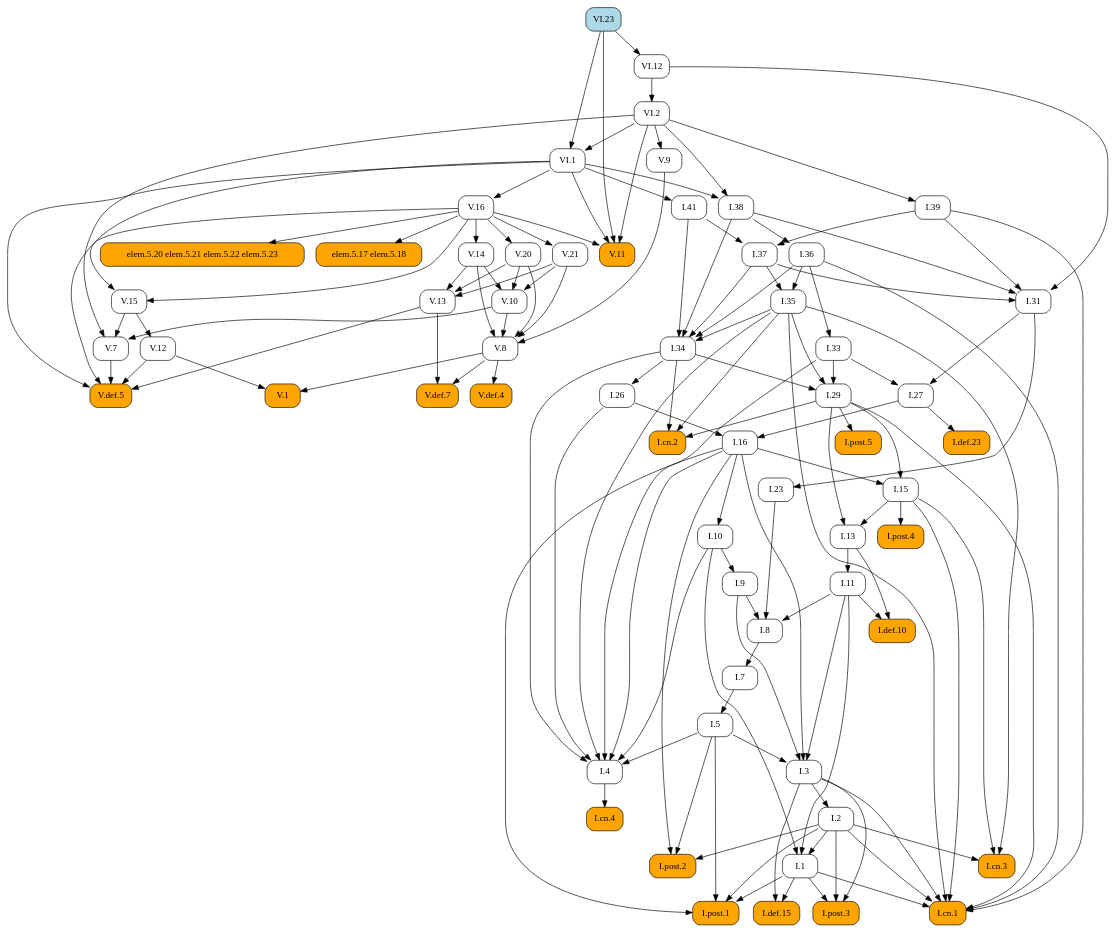
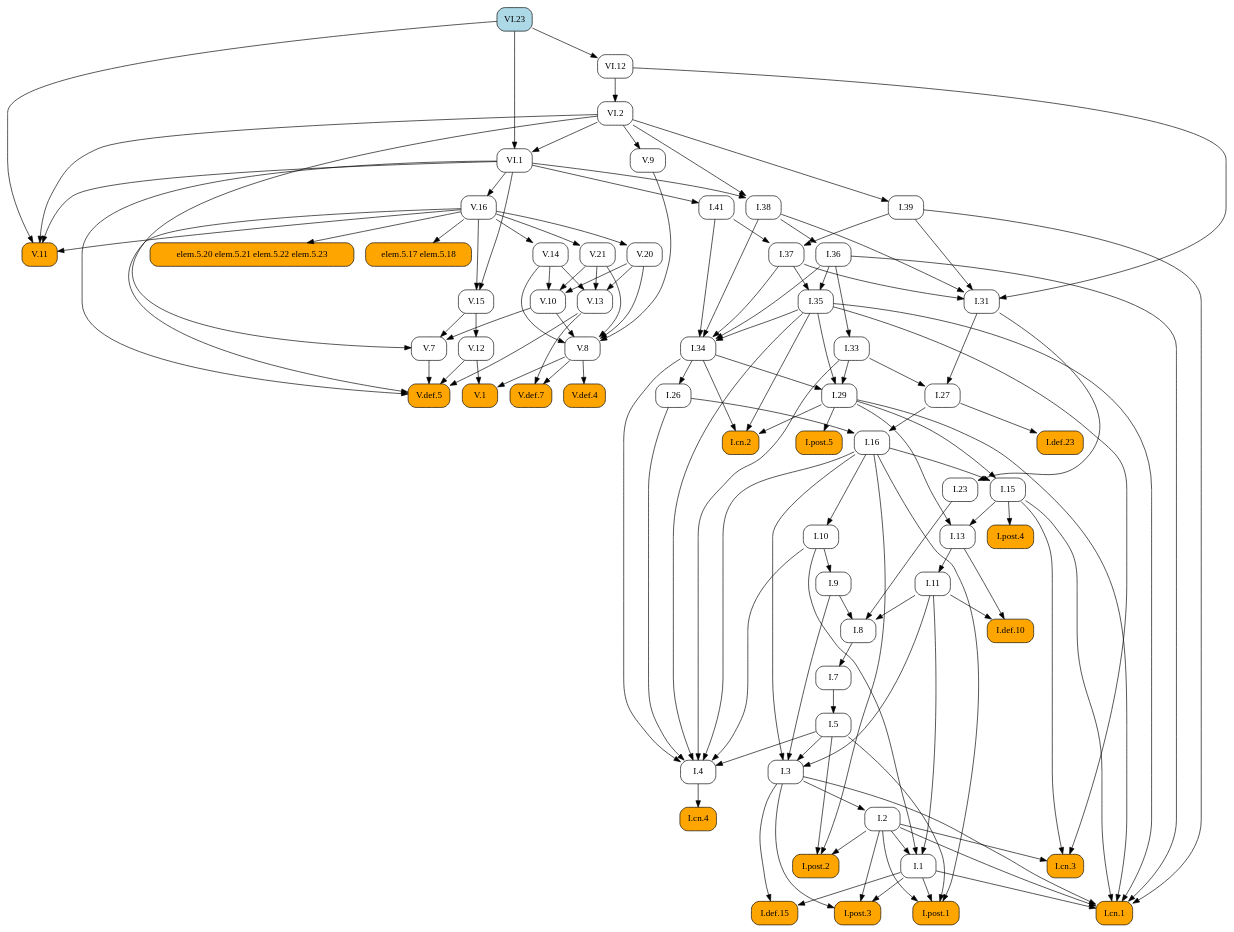
Before and after one commit to geometor/elements: the diagram in docsrc/heath/VI/23/index.rst, drawn with Graphviz. The commit also changed other lines of this file and 484 other files, not shown here.

```diff
--- a/docsrc/heath/VI/23/index.rst
+++ b/docsrc/heath/VI/23/index.rst
@@ -69,110 +69,125 @@
    digraph {
      rankdir="TB";
      node [shape=box, style=rounded];
-     "I.def.10" [style="rounded,filled", fillcolor=orange, URL="/heath/I/def.10/", target="_top"];
-     "I.11" [URL="/heath/I/11/", target="_top"];
-     "I.post.4" [style="rounded,filled", fillcolor=orange, URL="/heath/I/post.4/", target="_top"];
-     "I.1" [URL="/heath/I/1/", target="_top"];
-     "I.39" [URL="/heath/I/39/", target="_top"];
-     "VI.12" [URL="/heath/VI/12/", target="_top"];
-     "I.26" [URL="/heath/I/26/", target="_top"];
+     "V.16" [URL="/heath/V/16/", target="_top"];
+     "I.23" [URL="/heath/I/23/", target="_top"];
+     "I.9" [URL="/heath/I/9/", target="_top"];
+     "I.33" [URL="/heath/I/33/", target="_top"];
+     "I.def.15" [style="rounded,filled", fillcolor=orange, URL="/heath/I/def.15/", target="_top"];
+     "V.13" [URL="/heath/V/13/", target="_top"];
+     "V.7" [URL="/heath/V/7/", target="_top"];
+     "elem.5.17 elem.5.18" [style="rounded,filled", fillcolor=orange];
+     "I.post.3" [style="rounded,filled", fillcolor=orange, URL="/heath/I/post.3/", target="_top"];
+     "I.post.1" [style="rounded,filled", fillcolor=orange, URL="/heath/I/post.1/", target="_top"];
      "V.14" [URL="/heath/V/14/", target="_top"];
      "V.def.5" [style="rounded,filled", fillcolor=orange, URL="/heath/V/def.5/", target="_top"];
+     "V.9" [URL="/heath/V/9/", target="_top"];
+     "I.31" [URL="/heath/I/31/", target="_top"];
+     "V.10" [URL="/heath/V/10/", target="_top"];
+     "I.def.10" [style="rounded,filled", fillcolor=orange, URL="/heath/I/def.10/", target="_top"];
+     "VI.1" [URL="/heath/VI/1/", target="_top"];
+     "V.20" [URL="/heath/V/20/", target="_top"];
+     "I.27" [URL="/heath/I/27/", target="_top"];
+     "I.39" [URL="/heath/I/39/", target="_top"];
+     "VI.23" [style="rounded,filled", fillcolor=lightblue, URL="/heath/VI/23/", target="_top"];
+     "V.11" [style="rounded,filled", fillcolor=orange, URL="/heath/V/11/", target="_top"];
+     "V.12" [URL="/heath/V/12/", target="_top"];
+     "I.34" [URL="/heath/I/34/", target="_top"];
+     "I.3" [URL="/heath/I/3/", target="_top"];
+     "V.def.4" [style="rounded,filled", fillcolor=orange, URL="/heath/V/def.4/", target="_top"];
+     "I.35" [URL="/heath/I/35/", target="_top"];
+     "I.cn.1" [style="rounded,filled", fillcolor=orange, URL="/heath/I/cn.1/", target="_top"];
+     "V.def.7" [style="rounded,filled", fillcolor=orange, URL="/heath/V/def.7/", target="_top"];
+     "I.7" [URL="/heath/I/7/", target="_top"];
+     "V.21" [URL="/heath/V/21/", target="_top"];
+     "I.2" [URL="/heath/I/2/", target="_top"];
+     "I.36" [URL="/heath/I/36/", target="_top"];
+     "I.13" [URL="/heath/I/13/", target="_top"];
+     "I.post.4" [style="rounded,filled", fillcolor=orange, URL="/heath/I/post.4/", target="_top"];
+     "I.4" [URL="/heath/I/4/", target="_top"];
+     "I.1" [URL="/heath/I/1/", target="_top"];
+     "I.5" [URL="/heath/I/5/", target="_top"];
+     "I.37" [URL="/heath/I/37/", target="_top"];
+     "I.8" [URL="/heath/I/8/", target="_top"];
      "I.29" [URL="/heath/I/29/", target="_top"];
-     "V.12" [URL="/heath/V/12/", target="_top"];
-     "VI.23" [style="rounded,filled", fillcolor=lightblue, URL="/heath/VI/23/", target="_top"];
+     "I.cn.3" [style="rounded,filled", fillcolor=orange, URL="/heath/I/cn.3/", target="_top"];
+     "I.16" [URL="/heath/I/16/", target="_top"];
+     "I.38" [URL="/heath/I/38/", target="_top"];
+     "V.8" [URL="/heath/V/8/", target="_top"];
+     "I.15" [URL="/heath/I/15/", target="_top"];
+     "V.1" [style="rounded,filled", fillcolor=orange, URL="/heath/V/1/", target="_top"];
+     "I.10" [URL="/heath/I/10/", target="_top"];
+     "I.def.23" [style="rounded,filled", fillcolor=orange, URL="/heath/I/def.23/", target="_top"];
+     "VI.12" [URL="/heath/VI/12/", target="_top"];
+     "I.11" [URL="/heath/I/11/", target="_top"];
      "I.cn.2" [style="rounded,filled", fillcolor=orange, URL="/heath/I/cn.2/", target="_top"];
-     "V.20" [URL="/heath/V/20/", target="_top"];
-     "V.10" [URL="/heath/V/10/", target="_top"];
-     "V.11" [style="rounded,filled", fillcolor=orange, URL="/heath/V/11/", target="_top"];
+     "I.post.5" [style="rounded,filled", fillcolor=orange, URL="/heath/I/post.5/", target="_top"];
      "VI.2" [URL="/heath/VI/2/", target="_top"];
-     "V.13" [URL="/heath/V/13/", target="_top"];
-     "I.def.15" [style="rounded,filled", fillcolor=orange, URL="/heath/I/def.15/", target="_top"];
+     "I.cn.4" [style="rounded,filled", fillcolor=orange, URL="/heath/I/cn.4/", target="_top"];
+     "I.41" [URL="/heath/I/41/", target="_top"];
      "V.15" [URL="/heath/V/15/", target="_top"];
-     "VI.1" [URL="/heath/VI/1/", target="_top"];
-     "I.post.3" [style="rounded,filled", fillcolor=orange, URL="/heath/I/post.3/", target="_top"];
-     "I.cn.1" [style="rounded,filled", fillcolor=orange, URL="/heath/I/cn.1/", target="_top"];
-     "I.cn.3" [style="rounded,filled", fillcolor=orange, URL="/heath/I/cn.3/", target="_top"];
-     "V.7" [URL="/heath/V/7/", target="_top"];
-     "V.9" [URL="/heath/V/9/", target="_top"];
-     "V.16" [URL="/heath/V/16/", target="_top"];
-     "I.23" [URL="/heath/I/23/", target="_top"];
-     "I.post.1" [style="rounded,filled", fillcolor=orange, URL="/heath/I/post.1/", target="_top"];
-     "I.35" [URL="/heath/I/35/", target="_top"];
-     "I.41" [URL="/heath/I/41/", target="_top"];
-     "I.36" [URL="/heath/I/36/", target="_top"];
-     "I.27" [URL="/heath/I/27/", target="_top"];
-     "V.8" [URL="/heath/V/8/", target="_top"];
-     "I.37" [URL="/heath/I/37/", target="_top"];
-     "I.34" [URL="/heath/I/34/", target="_top"];
-     "I.7" [URL="/heath/I/7/", target="_top"];
-     "I.3" [URL="/heath/I/3/", target="_top"];
-     "I.2" [URL="/heath/I/2/", target="_top"];
-     "I.4" [URL="/heath/I/4/", target="_top"];
-     "I.def.23" [style="rounded,filled", fillcolor=orange, URL="/heath/I/def.23/", target="_top"];
-     "I.13" [URL="/heath/I/13/", target="_top"];
-     "I.33" [URL="/heath/I/33/", target="_top"];
-     "I.31" [URL="/heath/I/31/", target="_top"];
      "I.post.2" [style="rounded,filled", fillcolor=orange, URL="/heath/I/post.2/", target="_top"];
-     "V.1" [style="rounded,filled", fillcolor=orange, URL="/heath/V/1/", target="_top"];
-     "I.16" [URL="/heath/I/16/", target="_top"];
+     "I.26" [URL="/heath/I/26/", target="_top"];
      "elem.5.20 elem.5.21 elem.5.22 elem.5.23" [style="rounded,filled", fillcolor=orange];
-     "elem.5.17 elem.5.18" [style="rounded,filled", fillcolor=orange];
-     "I.9" [URL="/heath/I/9/", target="_top"];
-     "I.8" [URL="/heath/I/8/", target="_top"];
-     "I.cn.4" [style="rounded,filled", fillcolor=orange, URL="/heath/I/cn.4/", target="_top"];
-     "V.def.4" [style="rounded,filled", fillcolor=orange, URL="/heath/V/def.4/", target="_top"];
-     "I.15" [URL="/heath/I/15/", target="_top"];
-     "I.post.5" [style="rounded,filled", fillcolor=orange, URL="/heath/I/post.5/", target="_top"];
-     "I.38" [URL="/heath/I/38/", target="_top"];
-     "V.def.7" [style="rounded,filled", fillcolor=orange, URL="/heath/V/def.7/", target="_top"];
-     "I.10" [URL="/heath/I/10/", target="_top"];
-     "I.5" [URL="/heath/I/5/", target="_top"];
-     "V.21" [URL="/heath/V/21/", target="_top"];
-     "I.11" -> "I.def.10";
-     "I.13" -> "I.def.10";
-     "I.13" -> "I.11";
-     "I.15" -> "I.post.4";
-     "I.2" -> "I.1";
-     "I.10" -> "I.1";
-     "I.11" -> "I.1";
-     "VI.2" -> "I.39";
-     "VI.23" -> "VI.12";
-     "I.34" -> "I.26";
+     "VI.1" -> "V.16";
+     "I.31" -> "I.23";
+     "I.10" -> "I.9";
+     "I.36" -> "I.33";
+     "I.1" -> "I.def.15";
+     "I.3" -> "I.def.15";
+     "V.14" -> "V.13";
+     "V.20" -> "V.13";
+     "V.21" -> "V.13";
+     "V.10" -> "V.7";
+     "V.15" -> "V.7";
+     "VI.2" -> "V.7";
+     "V.16" -> "elem.5.17 elem.5.18";
+     "I.1" -> "I.post.3";
+     "I.2" -> "I.post.3";
+     "I.3" -> "I.post.3";
+     "I.1" -> "I.post.1";
+     "I.2" -> "I.post.1";
+     "I.5" -> "I.post.1";
+     "I.16" -> "I.post.1";
      "V.16" -> "V.14";
      "V.7" -> "V.def.5";
      "V.12" -> "V.def.5";
      "V.13" -> "V.def.5";
      "V.16" -> "V.def.5";
      "VI.1" -> "V.def.5";
-     "I.33" -> "I.29";
-     "I.34" -> "I.29";
-     "I.35" -> "I.29";
-     "V.15" -> "V.12";
-     "I.29" -> "I.cn.2";
-     "I.34" -> "I.cn.2";
-     "I.35" -> "I.cn.2";
-     "V.16" -> "V.20";
+     "VI.2" -> "V.9";
+     "I.37" -> "I.31";
+     "I.38" -> "I.31";
+     "I.39" -> "I.31";
+     "VI.12" -> "I.31";
      "V.14" -> "V.10";
      "V.20" -> "V.10";
      "V.21" -> "V.10";
+     "I.11" -> "I.def.10";
+     "I.13" -> "I.def.10";
+     "VI.2" -> "VI.1";
+     "VI.23" -> "VI.1";
+     "V.16" -> "V.20";
+     "I.31" -> "I.27";
+     "I.33" -> "I.27";
+     "VI.2" -> "I.39";
      "V.16" -> "V.11";
      "VI.1" -> "V.11";
      "VI.2" -> "V.11";
      "VI.23" -> "V.11";
-     "VI.12" -> "VI.2";
-     "V.14" -> "V.13";
-     "V.20" -> "V.13";
-     "V.21" -> "V.13";
-     "I.1" -> "I.def.15";
-     "I.3" -> "I.def.15";
-     "V.16" -> "V.15";
-     "VI.1" -> "V.15";
-     "VI.2" -> "VI.1";
-     "VI.23" -> "VI.1";
-     "I.1" -> "I.post.3";
-     "I.2" -> "I.post.3";
-     "I.3" -> "I.post.3";
+     "V.15" -> "V.12";
+     "I.35" -> "I.34";
+     "I.36" -> "I.34";
+     "I.37" -> "I.34";
+     "I.38" -> "I.34";
+     "I.41" -> "I.34";
+     "I.5" -> "I.3";
+     "I.9" -> "I.3";
+     "I.11" -> "I.3";
+     "I.16" -> "I.3";
+     "V.8" -> "V.def.4";
+     "I.36" -> "I.35";
+     "I.37" -> "I.35";
      "I.1" -> "I.cn.1";
      "I.2" -> "I.cn.1";
      "I.3" -> "I.cn.1";
@@ -181,43 +196,15 @@
      "I.35" -> "I.cn.1";
      "I.36" -> "I.cn.1";
      "I.39" -> "I.cn.1";
-     "I.2" -> "I.cn.3";
-     "I.15" -> "I.cn.3";
-     "I.35" -> "I.cn.3";
-     "V.10" -> "V.7";
-     "V.15" -> "V.7";
-     "VI.2" -> "V.7";
-     "VI.2" -> "V.9";
-     "VI.1" -> "V.16";
-     "I.31" -> "I.23";
-     "I.1" -> "I.post.1";
-     "I.2" -> "I.post.1";
-     "I.5" -> "I.post.1";
-     "I.16" -> "I.post.1";
-     "I.36" -> "I.35";
-     "I.37" -> "I.35";
-     "VI.1" -> "I.41";
+     "V.8" -> "V.def.7";
+     "V.13" -> "V.def.7";
+     "I.8" -> "I.7";
+     "V.16" -> "V.21";
+     "I.3" -> "I.2";
      "I.38" -> "I.36";
-     "I.31" -> "I.27";
-     "I.33" -> "I.27";
-     "V.9" -> "V.8";
-     "V.10" -> "V.8";
-     "V.14" -> "V.8";
-     "V.20" -> "V.8";
-     "V.21" -> "V.8";
-     "I.39" -> "I.37";
-     "I.41" -> "I.37";
-     "I.35" -> "I.34";
-     "I.36" -> "I.34";
-     "I.37" -> "I.34";
-     "I.38" -> "I.34";
-     "I.41" -> "I.34";
-     "I.8" -> "I.7";
-     "I.5" -> "I.3";
-     "I.9" -> "I.3";
-     "I.11" -> "I.3";
-     "I.16" -> "I.3";
-     "I.3" -> "I.2";
+     "I.15" -> "I.13";
+     "I.29" -> "I.13";
+     "I.15" -> "I.post.4";
      "I.5" -> "I.4";
      "I.10" -> "I.4";
      "I.16" -> "I.4";
@@ -225,37 +212,50 @@
      "I.33" -> "I.4";
      "I.34" -> "I.4";
      "I.35" -> "I.4";
+     "I.2" -> "I.1";
+     "I.10" -> "I.1";
+     "I.11" -> "I.1";
+     "I.7" -> "I.5";
+     "I.39" -> "I.37";
+     "I.41" -> "I.37";
+     "I.9" -> "I.8";
+     "I.11" -> "I.8";
+     "I.23" -> "I.8";
+     "I.33" -> "I.29";
+     "I.34" -> "I.29";
+     "I.35" -> "I.29";
+     "I.2" -> "I.cn.3";
+     "I.15" -> "I.cn.3";
+     "I.35" -> "I.cn.3";
+     "I.26" -> "I.16";
+     "I.27" -> "I.16";
+     "VI.1" -> "I.38";
+     "VI.2" -> "I.38";
+     "V.9" -> "V.8";
+     "V.10" -> "V.8";
+     "V.14" -> "V.8";
+     "V.20" -> "V.8";
+     "V.21" -> "V.8";
+     "I.16" -> "I.15";
+     "I.29" -> "I.15";
+     "V.8" -> "V.1";
+     "V.12" -> "V.1";
+     "I.16" -> "I.10";
      "I.27" -> "I.def.23";
-     "I.15" -> "I.13";
-     "I.29" -> "I.13";
-     "I.36" -> "I.33";
-     "I.37" -> "I.31";
-     "I.38" -> "I.31";
-     "I.39" -> "I.31";
-     "VI.12" -> "I.31";
+     "VI.23" -> "VI.12";
+     "I.13" -> "I.11";
+     "I.29" -> "I.cn.2";
+     "I.34" -> "I.cn.2";
+     "I.35" -> "I.cn.2";
+     "I.29" -> "I.post.5";
+     "VI.12" -> "VI.2";
+     "I.4" -> "I.cn.4";
+     "VI.1" -> "I.41";
+     "V.16" -> "V.15";
+     "VI.1" -> "V.15";
      "I.2" -> "I.post.2";
      "I.5" -> "I.post.2";
      "I.16" -> "I.post.2";
-     "V.8" -> "V.1";
-     "V.12" -> "V.1";
-     "I.26" -> "I.16";
-     "I.27" -> "I.16";
+     "I.34" -> "I.26";
      "V.16" -> "elem.5.20 elem.5.21 elem.5.22 elem.5.23";
-     "V.16" -> "elem.5.17 elem.5.18";
-     "I.10" -> "I.9";
-     "I.9" -> "I.8";
-     "I.11" -> "I.8";
-     "I.23" -> "I.8";
-     "I.4" -> "I.cn.4";
-     "V.8" -> "V.def.4";
-     "I.16" -> "I.15";
-     "I.29" -> "I.15";
-     "I.29" -> "I.post.5";
-     "VI.1" -> "I.38";
-     "VI.2" -> "I.38";
-     "V.8" -> "V.def.7";
-     "V.13" -> "V.def.7";
-     "I.16" -> "I.10";
-     "I.7" -> "I.5";
-     "V.16" -> "V.21";
    }
```
